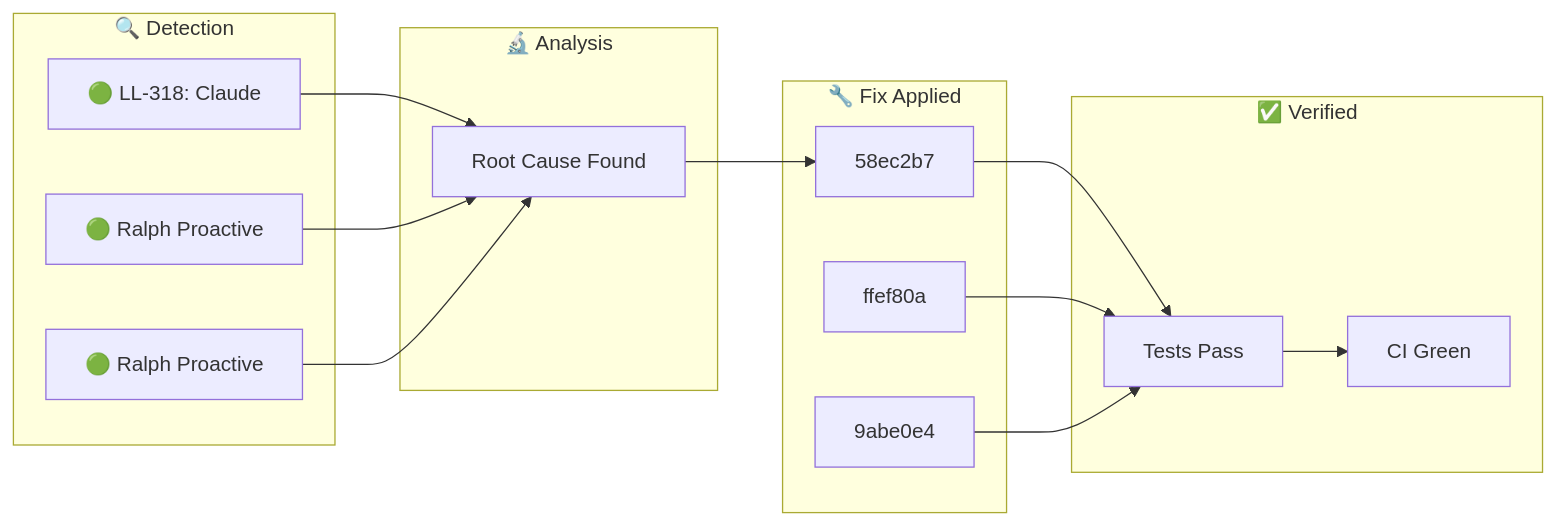
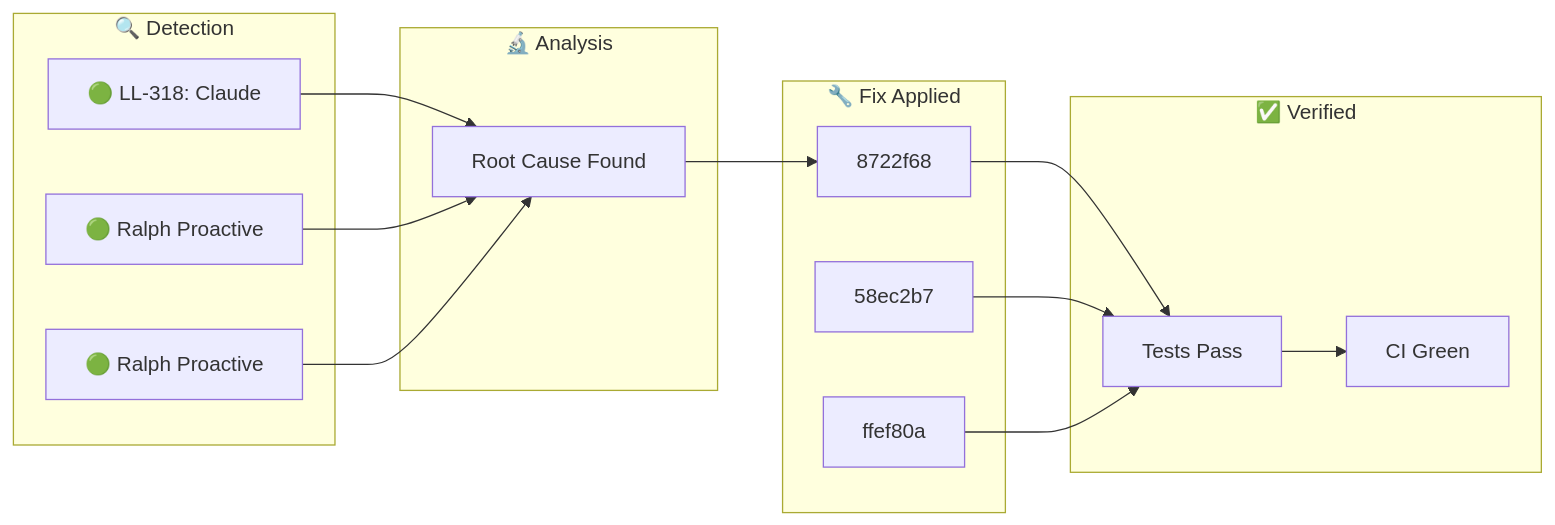
The diagram in docs/_posts/2026-01-30-ralph-discovery.md (YoByron/trading), drawn with Mermaid before and after one commit. The commit also changed other lines of this file, not shown here.

Commit message:
docs(ralph): Auto-publish discovery blog post

````diff
--- a/docs/_posts/2026-01-30-ralph-discovery.md
+++ b/docs/_posts/2026-01-30-ralph-discovery.md
@@ -17,28 +17,28 @@
 ```mermaid
 flowchart LR
     subgraph Detection["🔍 Detection"]
         D1["🟢 LL-318: Claude "]
         D2["🟢 Ralph Proactive"]
         D3["🟢 Ralph Proactive"]
     end
     subgraph Analysis["🔬 Analysis"]
         A1["Root Cause Found"]
     end
     subgraph Fix["🔧 Fix Applied"]
-        F1["58ec2b7"]
-        F2["ffef80a"]
-        F3["9abe0e4"]
+        F1["8722f68"]
+        F2["58ec2b7"]
+        F3["ffef80a"]
     end
     subgraph Verify["✅ Verified"]
         V1["Tests Pass"]
         V2["CI Green"]
     end
     D1 --> A1
     D2 --> A1
     D3 --> A1
     A1 --> F1
     F1 --> V1
     F2 --> V1
     F3 --> V1
     V1 --> V2
 ```
````
